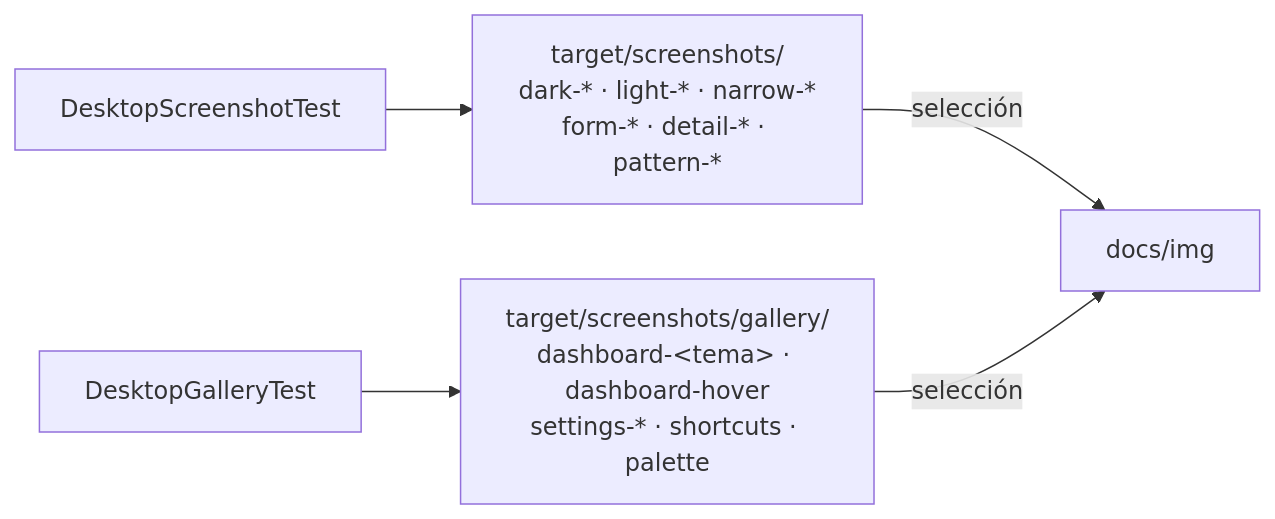
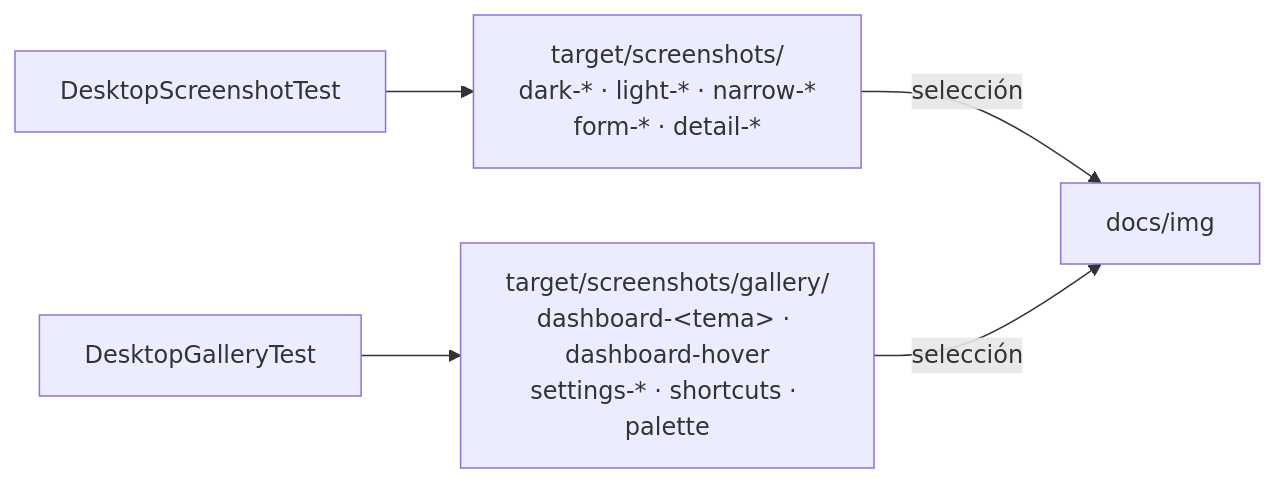
Before and after one commit to DEIMER-PY/gestion-db-jardineria: the diagram in docs/CAPTURAS.md, drawn with Mermaid. The commit also changed other lines of this file and 4 other files, not shown here.

````diff
--- a/docs/CAPTURAS.md
+++ b/docs/CAPTURAS.md
@@ -15,6 +15,6 @@
 ```mermaid
 flowchart LR
-    T1[DesktopScreenshotTest] --> O1["target/screenshots/<br/>dark-* · light-* · narrow-*<br/>form-* · detail-* · pattern-*"]
+    T1[DesktopScreenshotTest] --> O1["target/screenshots/<br/>dark-* · light-* · narrow-*<br/>form-* · detail-*"]
     T2[DesktopGalleryTest] --> O2["target/screenshots/gallery/<br/>dashboard-&lt;tema&gt; · dashboard-hover<br/>settings-* · shortcuts · palette"]
     O1 & O2 -->|selección| D[docs/img]
 ```
````
